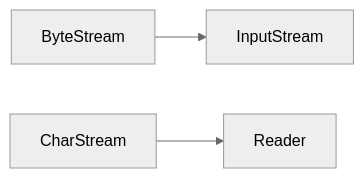
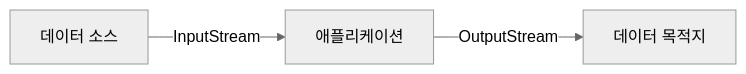
One commit to yjkim2015/yjkim2015.github.io changed the second of 8 diagrams in _posts/java/2026-05-01-java-io.md. Above: the diagram before and after it, drawn with Mermaid (neutral theme). The commit also changed other lines of this file and 4 other files, not shown here.

````diff
--- a/_posts/java/2026-05-01-java-io.md
+++ b/_posts/java/2026-05-01-java-io.md
@@ -42,5 +40,5 @@
 ```mermaid
 graph LR
-    BS["ByteStream"] --> IS["InputStream"]
-    CS["CharStream"] --> RD["Reader"]
+    SRC["데이터 소스"] -->|"InputStream"| APP["애플리케이션"]
+    APP -->|"OutputStream"| DEST["데이터 목적지"]
 ```
````
